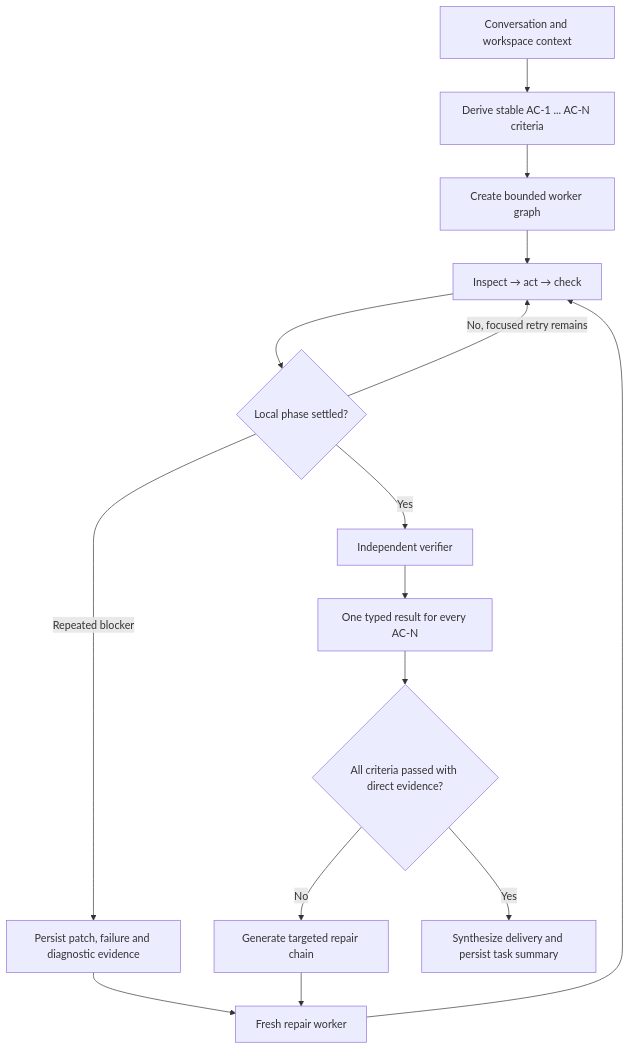
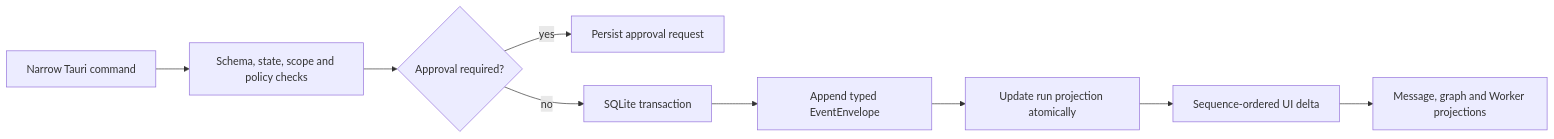
The second of 4 diagrams in README.md (cb8010d6/LunaScope), drawn with Mermaid before and after one commit. The commit also changed other lines of this file and 68 other files, not shown here.

````diff
--- a/README.md
+++ b/README.md
@@ -79,19 +75,11 @@
 ```mermaid
-flowchart TD
-    A["Conversation and workspace context"] --> B["Derive stable AC-1 ... AC-N criteria"]
-    B --> C["Create bounded worker graph"]
-    C --> D["Inspect → act → check"]
-    D --> E{"Local phase settled?"}
-
-    E -->|"No, focused retry remains"| D
-    E -->|"Repeated blocker"| H["Persist patch, failure and diagnostic evidence"]
-    H --> R["Fresh repair worker"]
-    R --> D
-
-    E -->|"Yes"| V["Independent verifier"]
-    V --> L["One typed result for every AC-N"]
-    L --> G{"All criteria passed with direct evidence?"}
-    G -->|"No"| F["Generate targeted repair chain"]
-    F --> R
-    G -->|"Yes"| S["Synthesize delivery and persist task summary"]
+flowchart LR
+    C["Narrow Tauri command"] --> P["Schema, state, scope and policy checks"]
+    P --> A{"Approval required?"}
+    A -->|"yes"| Q["Persist approval request"]
+    A -->|"no"| T["SQLite transaction"]
+    T --> E["Append typed EventEnvelope"]
+    E --> J["Update run projection atomically"]
+    J --> UI["Sequence-ordered UI delta"]
+    UI --> G["Message, graph and Worker projections"]
 ```
````
